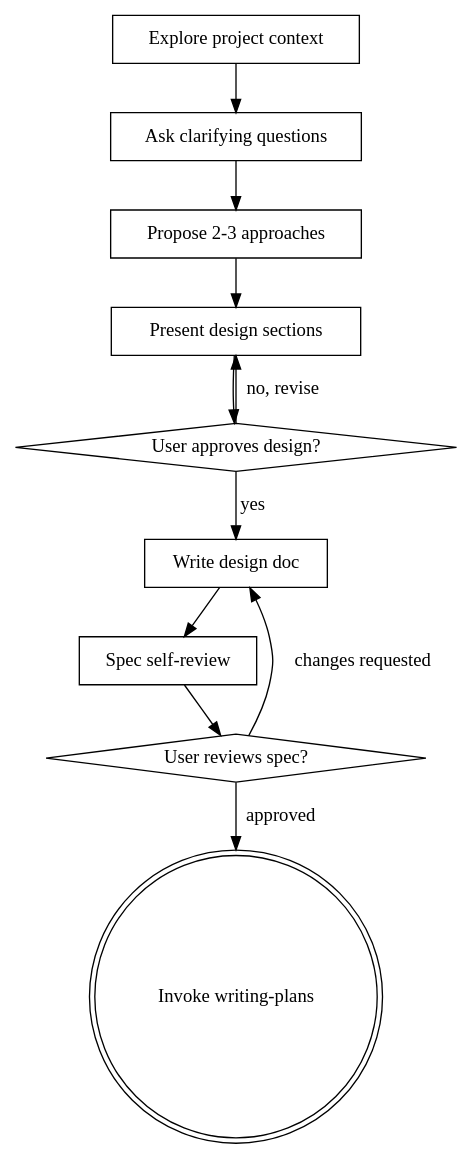
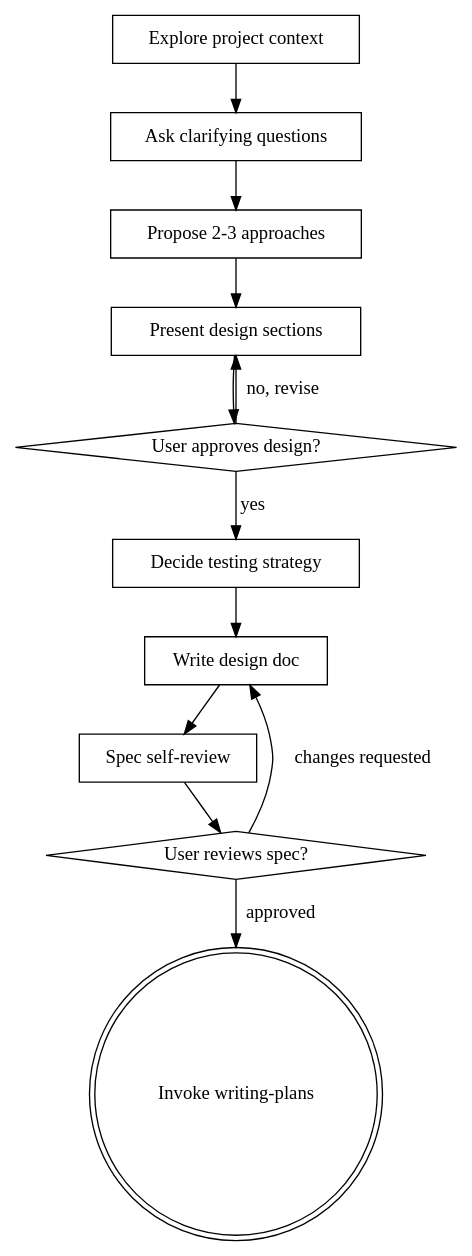
Before and after one commit to clashmar/know-how: the diagram in skills/brainstorming/SKILL.md, drawn with Graphviz. The commit also changed other lines of this file and 6 other files, not shown here.

````diff
--- a/skills/brainstorming/SKILL.md
+++ b/skills/brainstorming/SKILL.md
@@ -29,24 +30,26 @@
 ```dot
 digraph brainstorming {
     "Explore project context" [shape=box];
     "Ask clarifying questions" [shape=box];
     "Propose 2-3 approaches" [shape=box];
     "Present design sections" [shape=box];
     "User approves design?" [shape=diamond];
+    "Decide testing strategy" [shape=box];
     "Write design doc" [shape=box];
     "Spec self-review" [shape=box];
     "User reviews spec?" [shape=diamond];
     "Invoke writing-plans" [shape=doublecircle];
 
     "Explore project context" -> "Ask clarifying questions";
     "Ask clarifying questions" -> "Propose 2-3 approaches";
     "Propose 2-3 approaches" -> "Present design sections";
     "Present design sections" -> "User approves design?";
     "User approves design?" -> "Present design sections" [label="no, revise"];
-    "User approves design?" -> "Write design doc" [label="yes"];
+    "User approves design?" -> "Decide testing strategy" [label="yes"];
+    "Decide testing strategy" -> "Write design doc";
     "Write design doc" -> "Spec self-review";
     "Spec self-review" -> "User reviews spec?";
     "User reviews spec?" -> "Write design doc" [label="changes requested"];
     "User reviews spec?" -> "Invoke writing-plans" [label="approved"];
 }
 ```
````
